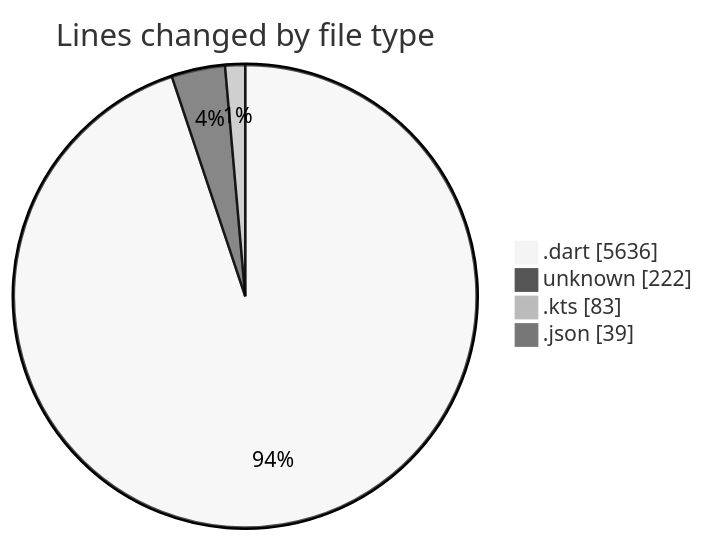
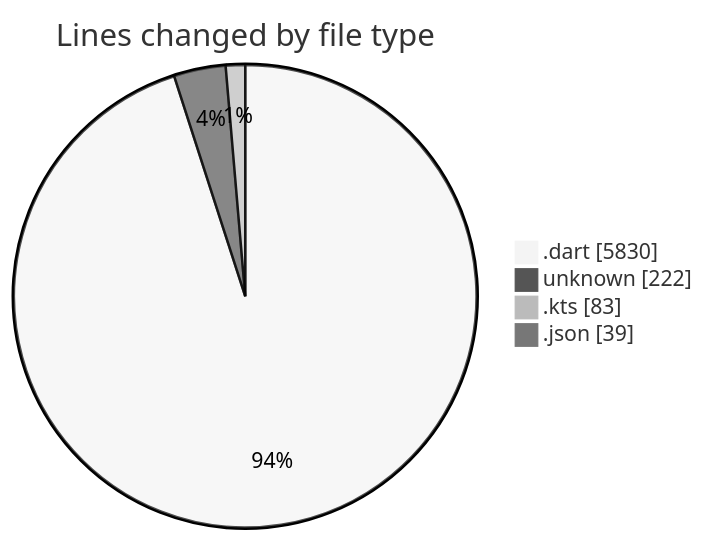
The first of 2 diagrams in 2025-08-05/studybuddy/README.md (lephambinh05/code-tracking), drawn with Mermaid (neutral theme) before and after one commit. The commit also changed other lines of this file and 1 other file, not shown here.

````diff
--- a/2025-08-05/studybuddy/README.md
+++ b/2025-08-05/studybuddy/README.md
@@ -39,8 +40,8 @@
 ```mermaid
 pie showData
 title Lines changed by file type
-".dart" : 5636
+".dart" : 5830
 "unknown" : 222
 ".kts" : 83
 ".json" : 39
 ```
````
